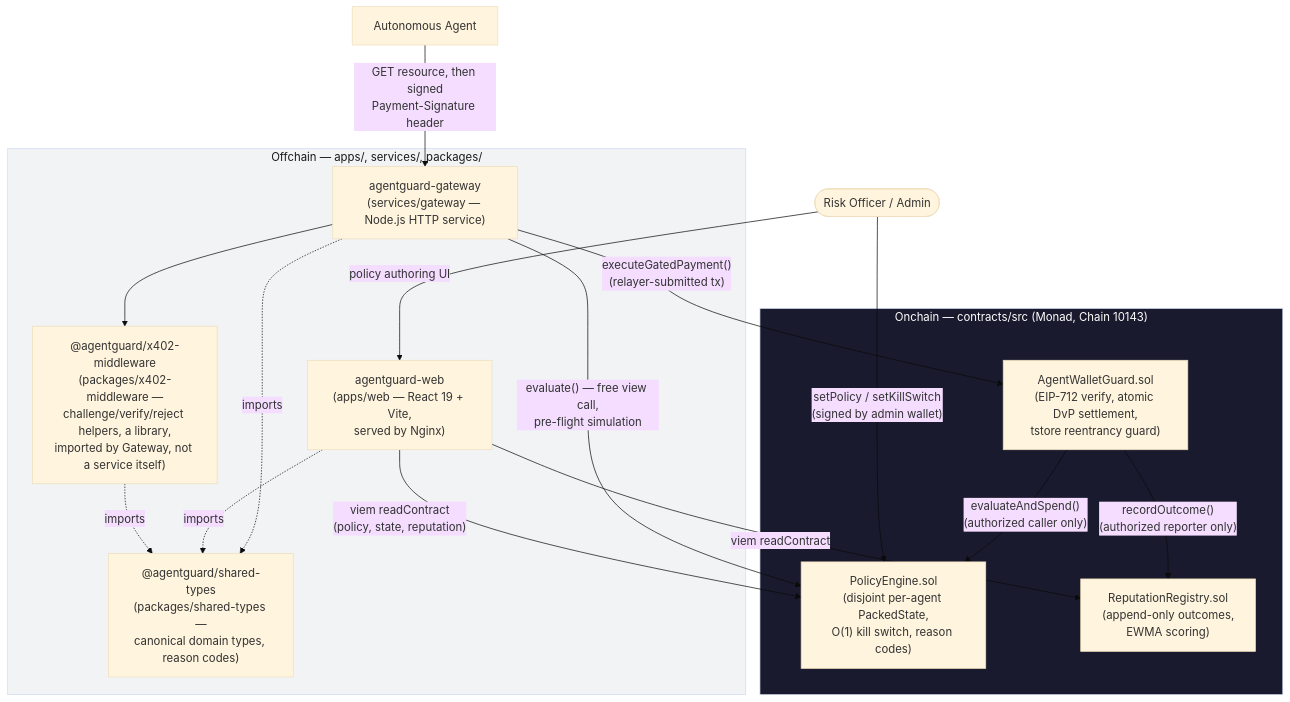
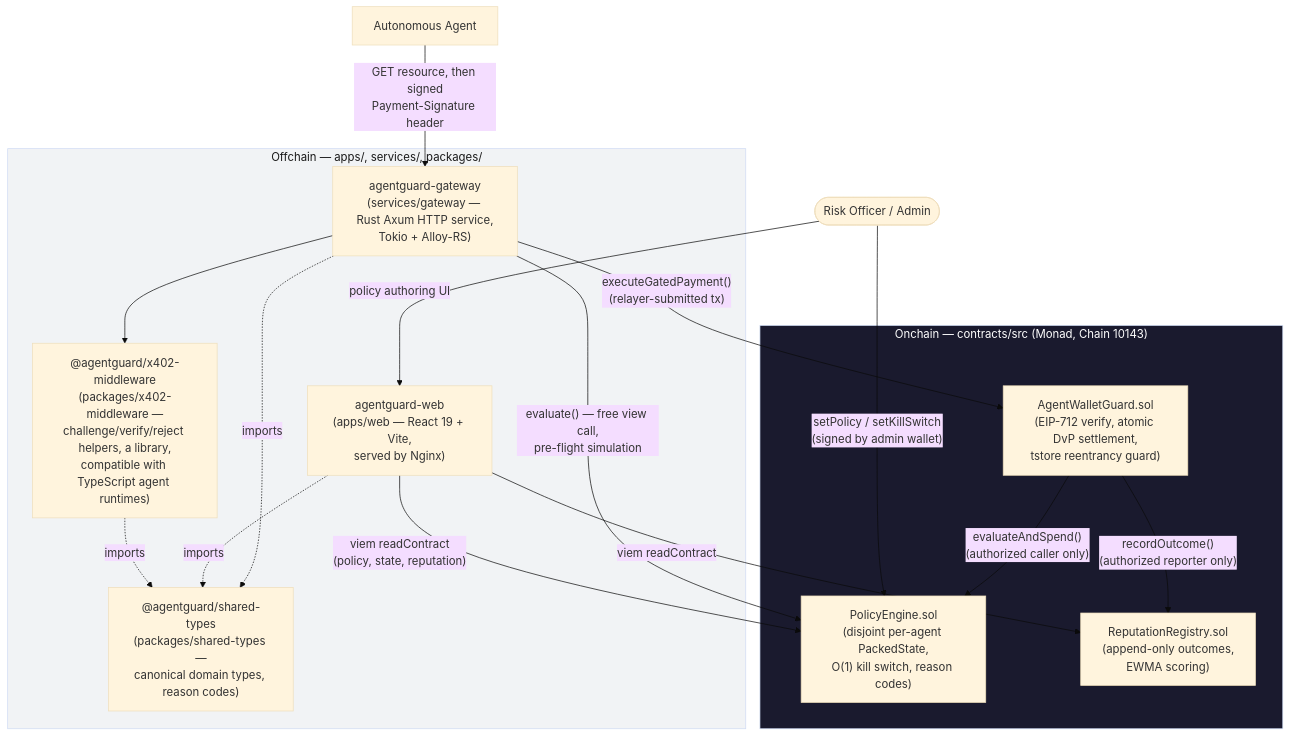
Before and after one commit to klyran-labs/metropolis: the second of 4 diagrams in docs/ARCHITECTURE_DIAGRAMS.md, drawn with Mermaid (base theme). The commit also changed other lines of this file and 105 other files, not shown here.

Commit message:
Rust Gateway and OpenSigner integration

````diff
--- a/docs/ARCHITECTURE_DIAGRAMS.md
+++ b/docs/ARCHITECTURE_DIAGRAMS.md
@@ -41,38 +41,38 @@
 ```mermaid
 flowchart TB
     Agent["Autonomous Agent"]
     Admin(["Risk Officer / Admin"])
 
     subgraph Offchain["Offchain — apps/, services/, packages/"]
         Web["agentguard-web<br/>(apps/web — React 19 + Vite,<br/>served by Nginx)"]
-        Gateway["agentguard-gateway<br/>(services/gateway — Node.js HTTP service)"]
-        Middleware["@agentguard/x402-middleware<br/>(packages/x402-middleware —<br/>challenge/verify/reject helpers, a library,<br/>imported by Gateway, not a service itself)"]
+        Gateway["agentguard-gateway<br/>(services/gateway — Rust Axum HTTP service,<br/>Tokio + Alloy-RS)"]
+        Middleware["@agentguard/x402-middleware<br/>(packages/x402-middleware —<br/>challenge/verify/reject helpers, a library,<br/>compatible with TypeScript agent runtimes)"]
         Types["@agentguard/shared-types<br/>(packages/shared-types —<br/>canonical domain types, reason codes)"]
     end
 
     subgraph Onchain["Onchain — contracts/src (Monad, Chain 10143)"]
         PE["PolicyEngine.sol<br/>(disjoint per-agent PackedState,<br/>O(1) kill switch, reason codes)"]
         AWG["AgentWalletGuard.sol<br/>(EIP-712 verify, atomic DvP settlement,<br/>tstore reentrancy guard)"]
         RR["ReputationRegistry.sol<br/>(append-only outcomes,<br/>EWMA scoring)"]
     end
 
     Admin -- "policy authoring UI" --> Web
     Web -- "viem readContract<br/>(policy, state, reputation)" --> PE
     Web -- "viem readContract" --> RR
     Admin -- "setPolicy / setKillSwitch<br/>(signed by admin wallet)" --> PE
 
     Agent -- "GET resource, then signed<br/>Payment-Signature header" --> Gateway
     Gateway --> Middleware
     Gateway -- "evaluate() — free view call,<br/>pre-flight simulation" --> PE
     Gateway -- "executeGatedPayment()<br/>(relayer-submitted tx)" --> AWG
 
     AWG -- "evaluateAndSpend()<br/>(authorized caller only)" --> PE
     AWG -- "recordOutcome()<br/>(authorized reporter only)" --> RR
 
     Middleware -.->|imports| Types
     Web -.->|imports| Types
     Gateway -.->|imports| Types
 
     style Onchain fill:#1a1a2e,color:#fff
     style Offchain fill:#f1f3f5,color:#1a1a1a
 ```
````
